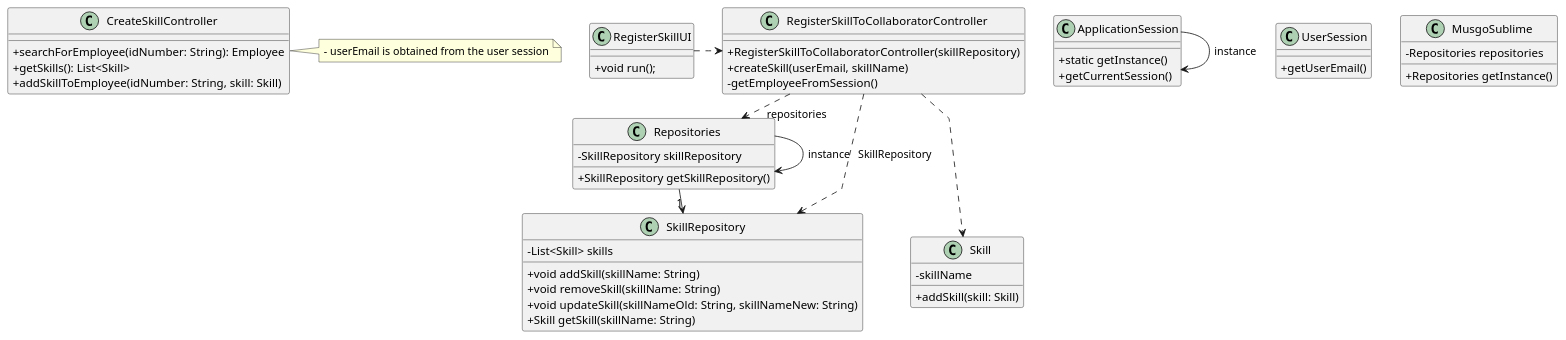
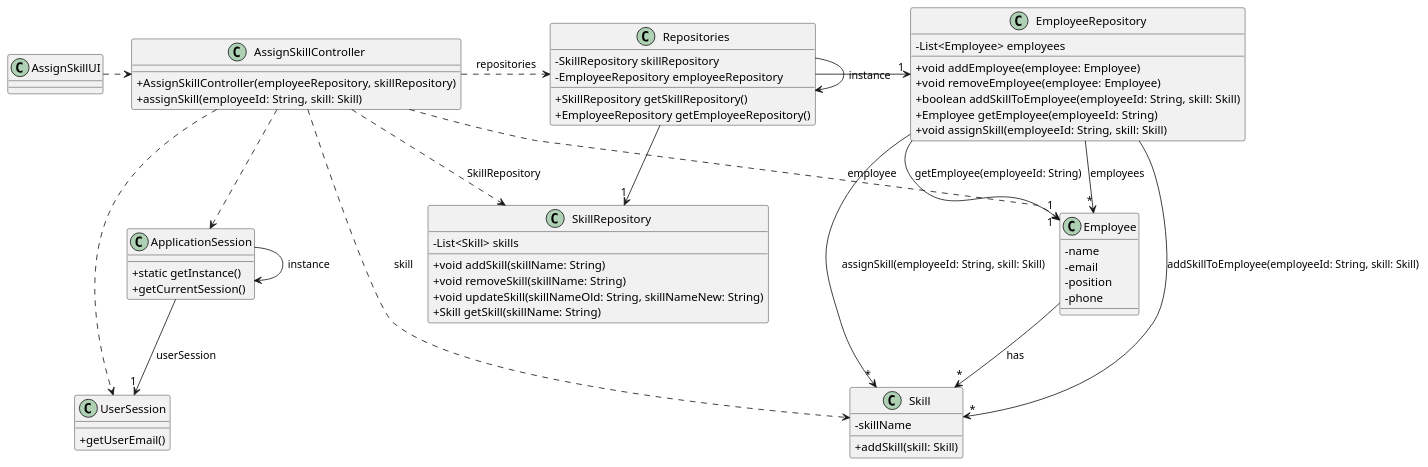
Before and after one commit to Departamento-de-Engenharia-Informatica/greenspace-management: the diagram in docs/sprintB/us004/03.design/puml/us004-class-diagram.puml, drawn with PlantUML. The commit also changed 7 other files, not shown here.

Commit message:
US04 Sequence Diagrams Done

```diff
--- a/docs/sprintB/us004/03.design/puml/us004-class-diagram.puml
+++ b/docs/sprintB/us004/03.design/puml/us004-class-diagram.puml
@@ -1,83 +1,97 @@
 @startuml
 
 'skinparam monochrome true
 skinparam packageStyle rectangle
 skinparam shadowing false
 skinparam linetype polyline
-'skinparam linetype orto
+skinparam linetype orto
 
 skinparam classAttributeIconSize 0
 
 'left to right direction
 
 class ApplicationSession
 {
     + static getInstance()
     + getCurrentSession()
 }
 
 class UserSession
 {
     + getUserEmail()
+}
+
+class Employee {
+    - name
+    - email
+    - position
+    - phone
 }
 
 class Skill {
     - skillName
 
     + addSkill(skill: Skill)
 }
 
 class SkillRepository{
     - List<Skill> skills
 
     + void addSkill(skillName: String)
     + void removeSkill(skillName: String)
     + void updateSkill(skillNameOld: String, skillNameNew: String)
     + Skill getSkill(skillName: String)
 }
 
-class CreateSkillController {
-    + searchForEmployee(idNumber: String): Employee
-    + getSkills(): List<Skill>
-    + addSkillToEmployee(idNumber: String, skill: Skill)
-}
-
-class RegisterSkillUI {
-    + void run();
-}
-
-class MusgoSublime{
-    - Repositories repositories
-
-    + Repositories getInstance()
+class AssignSkillUI {
 }
 
 class Repositories{
     - SkillRepository skillRepository
+    - EmployeeRepository employeeRepository
 
     + SkillRepository getSkillRepository()
+    + EmployeeRepository getEmployeeRepository()
 }
 
-class RegisterSkillToCollaboratorController{
-    + RegisterSkillToCollaboratorController(skillRepository)
-    + createSkill(userEmail, skillName)
-    - getEmployeeFromSession()
+class AssignSkillController {
+    + AssignSkillController(employeeRepository, skillRepository)
+    + assignSkill(employeeId: String, skill: Skill)
 }
 
-note right of CreateSkillController
-    - userEmail is obtained from the user session
-end note
+class EmployeeRepository {
+    - List<Employee> employees
+
+    + void addEmployee(employee: Employee)
+    + void removeEmployee(employee: Employee)
+    + boolean addSkillToEmployee(employeeId: String, skill: Skill)
+    + Employee getEmployee(employeeId: String)
+    + void assignSkill(employeeId: String, skill: Skill)
+}
 
 Repositories -> Repositories : instance
 ApplicationSession -> ApplicationSession : instance
 
-RegisterSkillUI .> RegisterSkillToCollaboratorController
+AssignSkillUI .> AssignSkillController
 
-RegisterSkillToCollaboratorController .> Repositories : repositories
+AssignSkillController .> Repositories : repositories
 
 Repositories -> "1" SkillRepository
+Repositories -> "1" EmployeeRepository
 
-RegisterSkillToCollaboratorController ..> Skill
-RegisterSkillToCollaboratorController ..> SkillRepository : SkillRepository
+AssignSkillController ..> Skill : skill
+AssignSkillController ..> SkillRepository : SkillRepository
+
+ApplicationSession --> "1" UserSession : userSession
+
+AssignSkillController ..> "1" Employee : employee
+AssignSkillController ..> ApplicationSession
+AssignSkillController ..> UserSession
+
+Employee --> "*" Skill : has
+EmployeeRepository --> "*" Employee : employees
+EmployeeRepository --> "1" Employee : getEmployee(employeeId: String)
+EmployeeRepository --> "*" Skill : addSkillToEmployee(employeeId: String, skill: Skill)
+EmployeeRepository --> "*" Skill : assignSkill(employeeId: String, skill: Skill)
 
 @enduml
```
